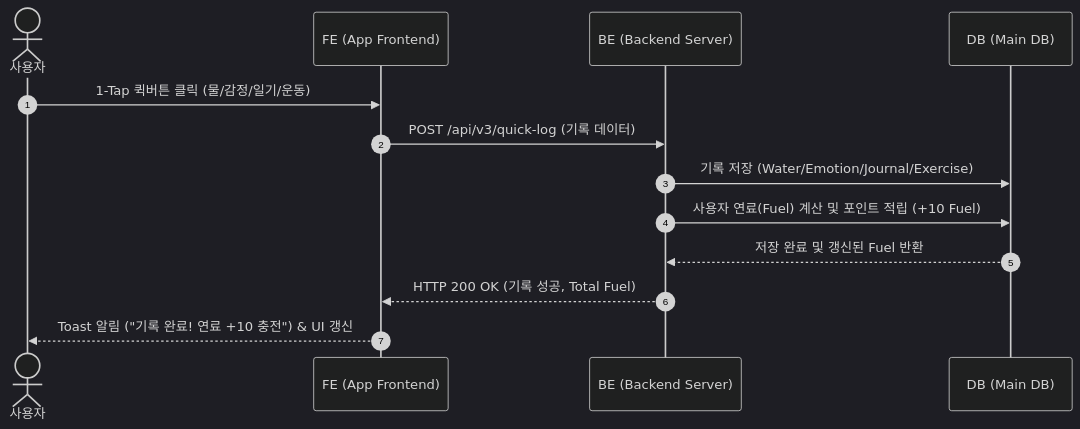
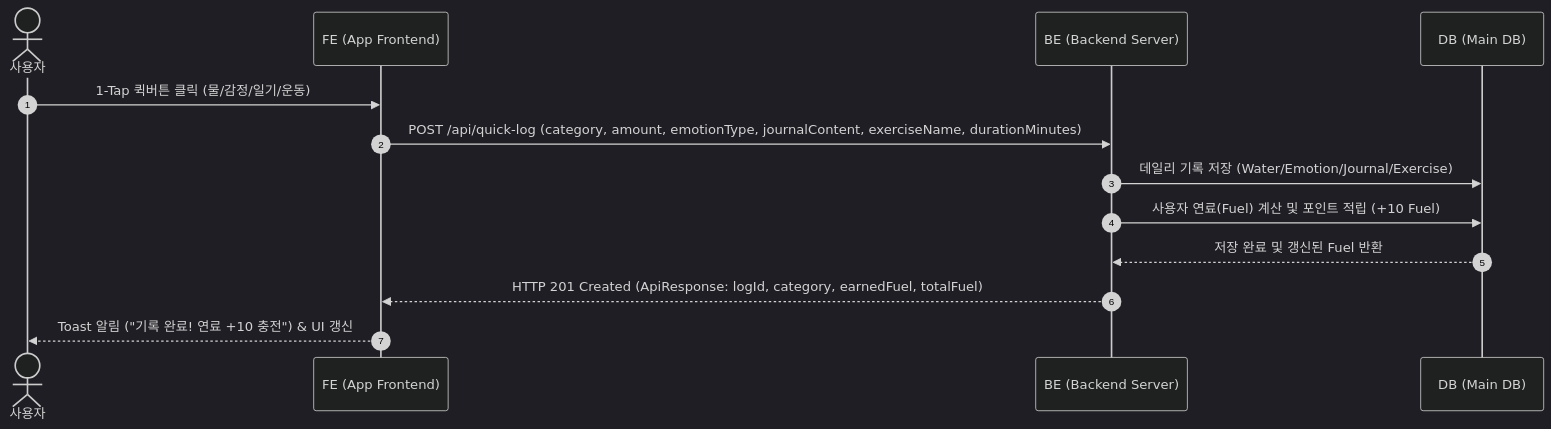
One commit to wooddang-gachon/NASA_backEnd changed the first of 7 diagrams in docs/2. v3/4. Sequence Diagram.md. Above: the diagram before and after it, drawn with Mermaid (dark theme). The commit also changed other lines of this file and 123 other files, not shown here.

````diff
--- a/docs/2. v3/4. Sequence Diagram.md
+++ b/docs/2. v3/4. Sequence Diagram.md
@@ -11,16 +11,16 @@
 ```mermaid
 sequenceDiagram
     autonumber
     actor User as 사용자
     participant FE as FE (App Frontend)
     participant BE as BE (Backend Server)
     participant DB as DB (Main DB)
 
     User->>FE: 1-Tap 퀵버튼 클릭 (물/감정/일기/운동)
-    FE->>BE: POST /api/v3/quick-log (기록 데이터)
-    BE->>DB: 기록 저장 (Water/Emotion/Journal/Exercise)
+    FE->>BE: POST /api/quick-log (category, amount, emotionType, journalContent, exerciseName, durationMinutes)
+    BE->>DB: 데일리 기록 저장 (Water/Emotion/Journal/Exercise)
     BE->>DB: 사용자 연료(Fuel) 계산 및 포인트 적립 (+10 Fuel)
     DB-->>BE: 저장 완료 및 갱신된 Fuel 반환
-    BE-->>FE: HTTP 200 OK (기록 성공, Total Fuel)
+    BE-->>FE: HTTP 201 Created (ApiResponse: logId, category, earnedFuel, totalFuel)
     FE-->>User: Toast 알림 ("기록 완료! 연료 +10 충전") & UI 갱신
 ```
````
